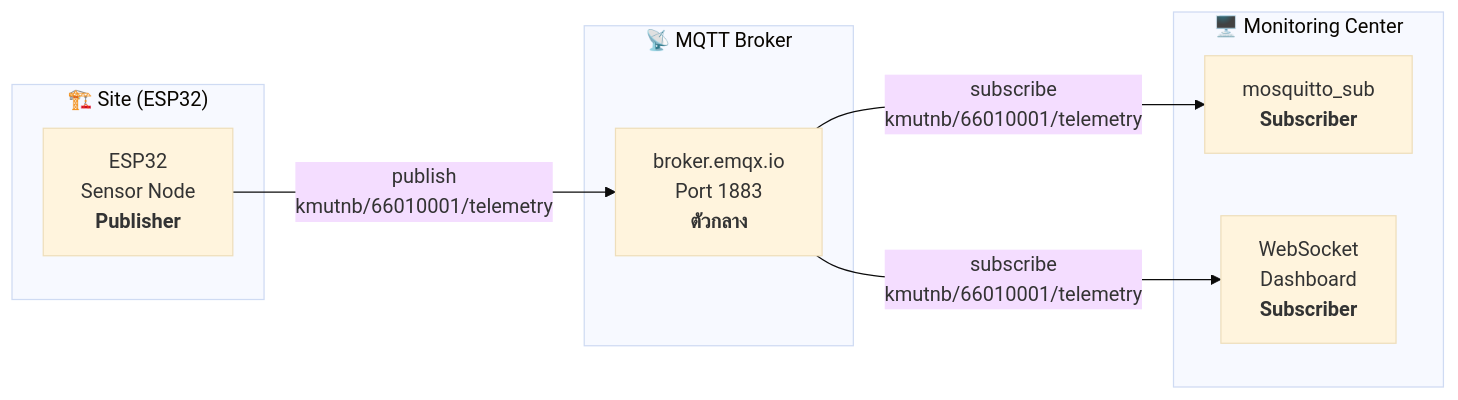
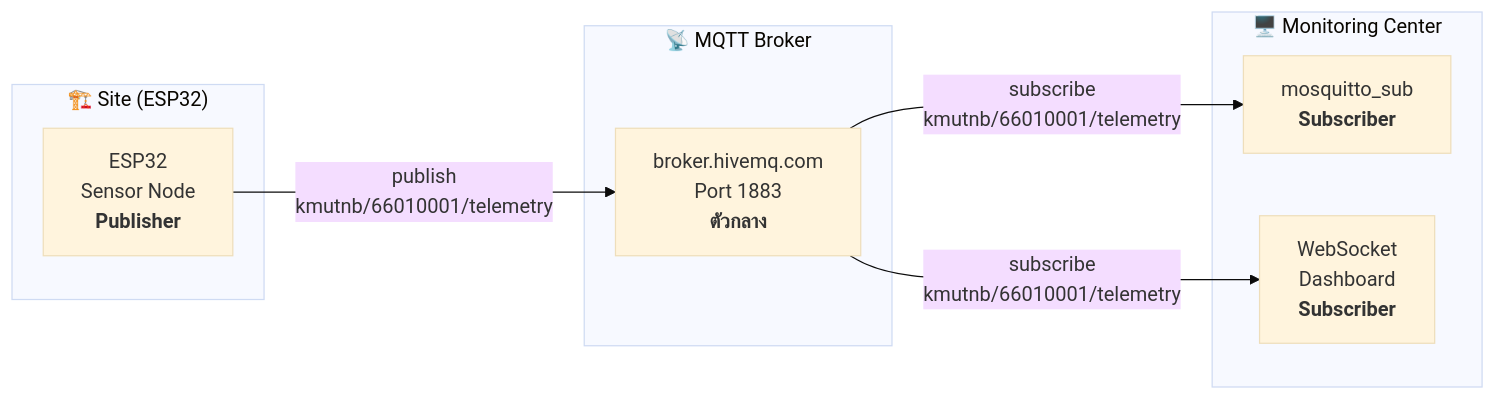
Before and after one commit to pruks-dev/embedded-telecom: the third of 3 diagrams in docs/ใบงานการทดลองที่ 2.md, drawn with Mermaid (base theme). The commit also changed other lines of this file and 6 other files, not shown here.

````diff
--- a/docs/ใบงานการทดลองที่ 2.md
+++ b/docs/ใบงานการทดลองที่ 2.md
@@ -242,16 +242,16 @@
 ```mermaid
 graph LR
     subgraph SITE["🏗️ Site (ESP32)"]
         ESP["ESP32<br/>Sensor Node<br/><b>Publisher</b>"]
     end
     subgraph BKR["📡 MQTT Broker"]
-        BK["broker.emqx.io<br/>Port 1883<br/><b>ตัวกลาง</b>"]
+        BK["broker.hivemq.com<br/>Port 1883<br/><b>ตัวกลาง</b>"]
     end
     subgraph NOC["🖥️ Monitoring Center"]
         PC["mosquitto_sub<br/><b>Subscriber</b>"]
         WEB["WebSocket<br/>Dashboard<br/><b>Subscriber</b>"]
     end
     ESP -->|"publish<br/>kmutnb/66010001/telemetry"| BK
     BK -->|"subscribe<br/>kmutnb/66010001/telemetry"| PC
     BK -->|"subscribe<br/>kmutnb/66010001/telemetry"| WEB
 ```
````
